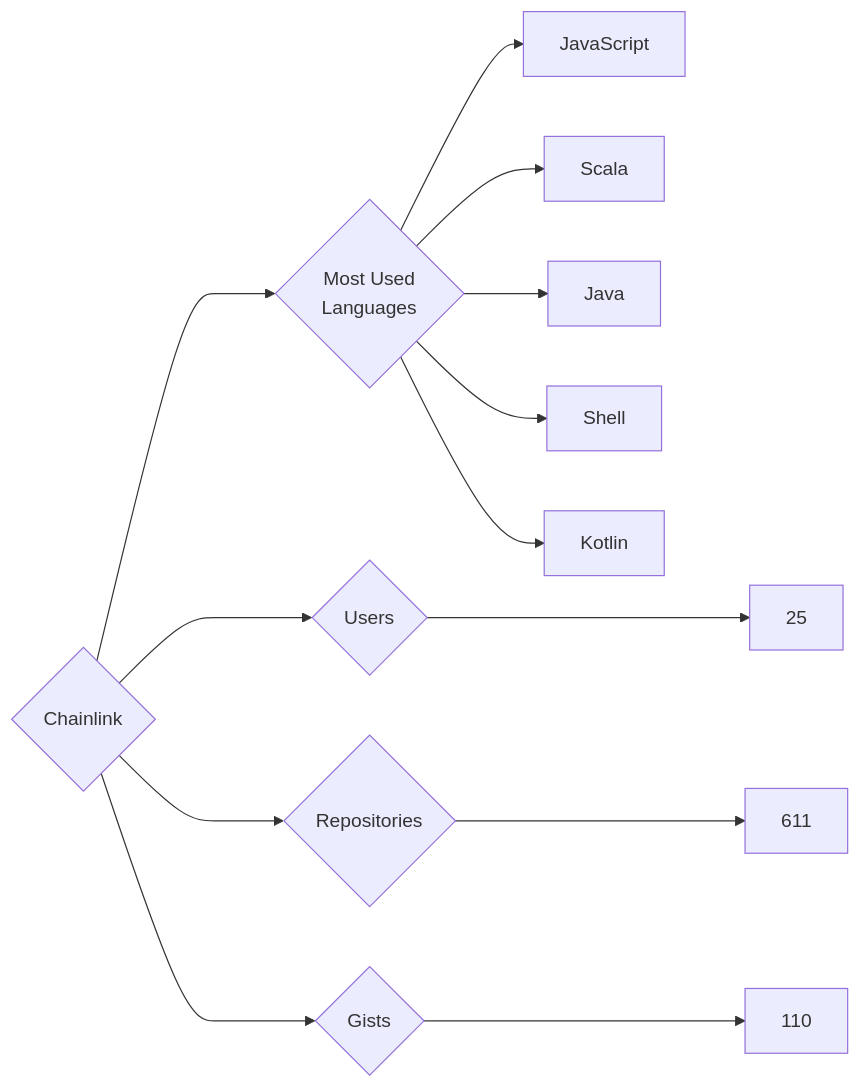
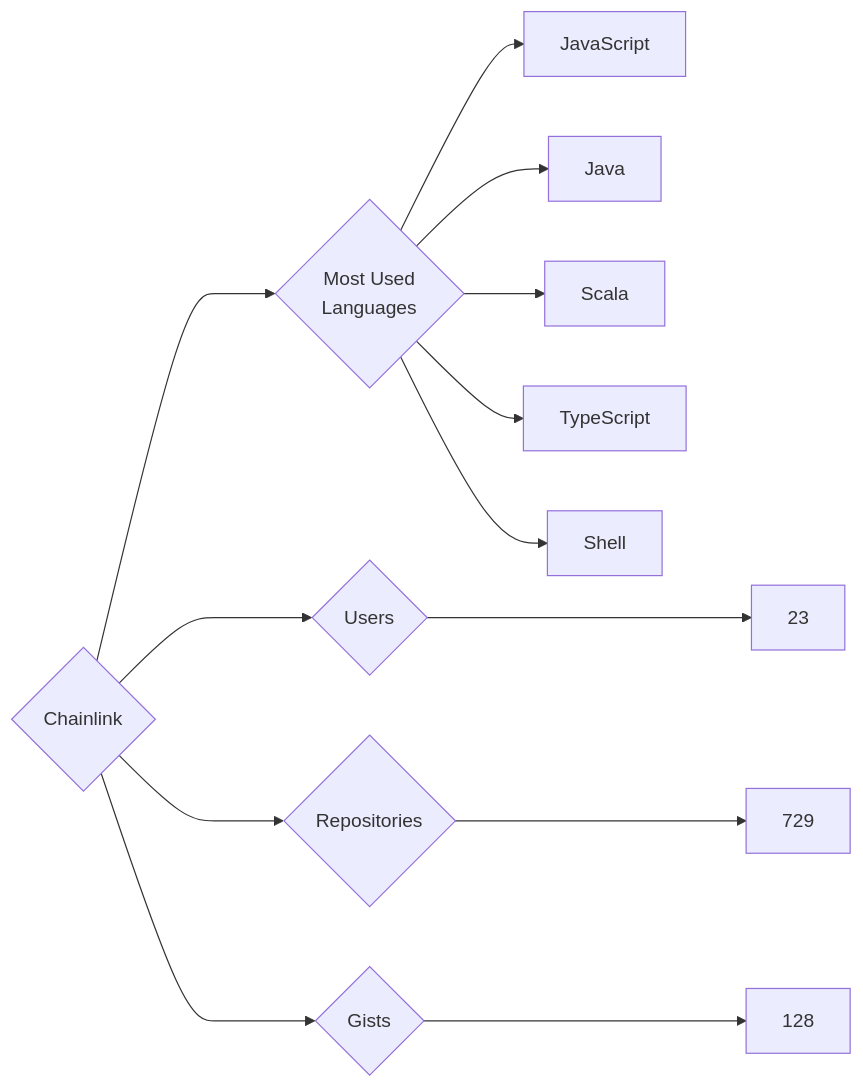
Before and after one commit to trickest/insiders: the diagram in targets/Chainlink/README.md, drawn with Mermaid. The commit also changed 888 other files, not shown here.

````diff
--- a/targets/Chainlink/README.md
+++ b/targets/Chainlink/README.md
@@ -3,13 +3,13 @@
 ```mermaid
 graph LR
 COMPANY_NAME{Chainlink}
-COMPANY_NAME ---> U{Users} ---> UN[25]
-COMPANY_NAME ---> R{Repositories} ---> RN[611]
-COMPANY_NAME ---> G{Gists} ---> GN[110]
+COMPANY_NAME ---> U{Users} ---> UN[23]
+COMPANY_NAME ---> R{Repositories} ---> RN[729]
+COMPANY_NAME ---> G{Gists} ---> GN[128]
 COMPANY_NAME ---> ML{Most Used<br>Languages}
 ML --> JavaScript[JavaScript]
+ML --> Java[Java]
 ML --> Scala[Scala]
-ML --> Java[Java]
+ML --> TypeScript[TypeScript]
 ML --> Shell[Shell]
-ML --> Kotlin[Kotlin]
 ```
````
